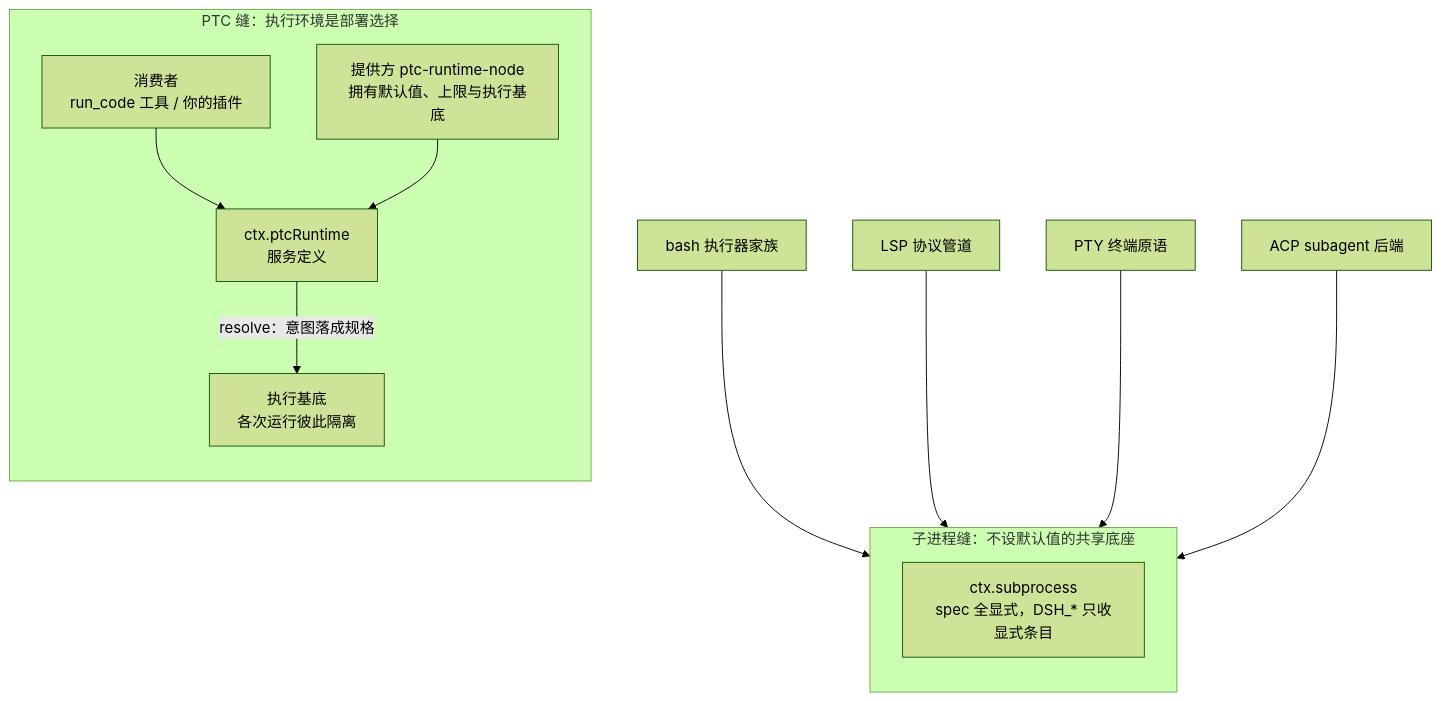
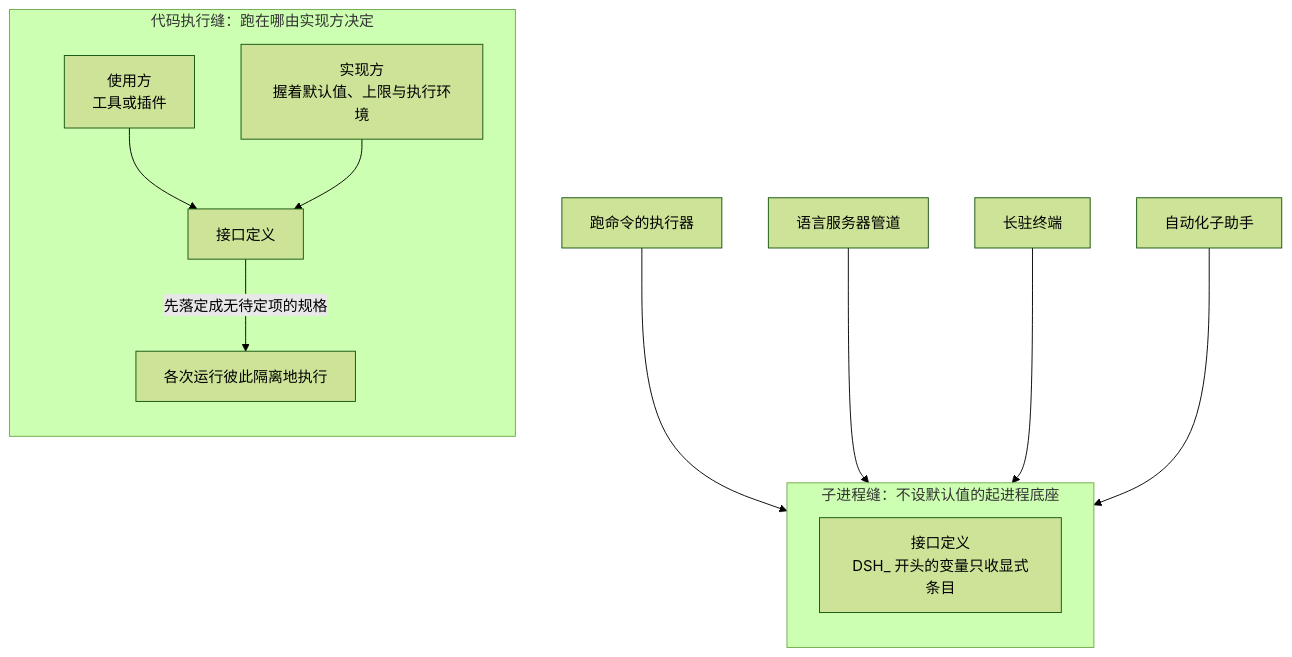
One commit to anthonyzhao-4926/blog changed the first of 4 diagrams in dsh 插件开发学习/33-代码执行环境的接入.md. Above: the diagram before and after it, drawn with Mermaid (forest theme). The commit also changed other lines of this file and 38 other files, not shown here.

````diff
--- a/dsh 插件开发学习/33-代码执行环境的接入.md
+++ b/dsh 插件开发学习/33-代码执行环境的接入.md
@@ -40,17 +44,17 @@
 ```mermaid
 flowchart TD
-    subgraph ptc["PTC 缝：执行环境是部署选择"]
+    subgraph ptc["代码执行缝：跑在哪由实现方决定"]
         direction TB
-        C1["消费者<br/>run_code 工具 / 你的插件"] --> SD1["ctx.ptcRuntime<br/>服务定义"]
-        P1["提供方 ptc-runtime-node<br/>拥有默认值、上限与执行基底"] --> SD1
-        SD1 -->|"resolve：意图落成规格"| W["执行基底<br/>各次运行彼此隔离"]
+        U["使用方<br/>工具或插件"] --> IF1["接口定义"]
+        IM["实现方<br/>握着默认值、上限与执行环境"] --> IF1
+        IF1 -->|"先落定成无待定项的规格"| R["各次运行彼此隔离地执行"]
     end
-    subgraph base["子进程缝：不设默认值的共享底座"]
+    subgraph base["子进程缝：不设默认值的起进程底座"]
         direction TB
-        SD2["ctx.subprocess<br/>spec 全显式，DSH_* 只收显式条目"]
+        IF2["接口定义<br/>DSH_ 开头的变量只收显式条目"]
     end
-    B2["bash 执行器家族"] --> SD2
-    L2["LSP 协议管道"] --> SD2
-    T2["PTY 终端原语"] --> SD2
-    A2["ACP subagent 后端"] --> SD2
+    B1["跑命令的执行器"] --> IF2
+    B2["语言服务器管道"] --> IF2
+    B3["长驻终端"] --> IF2
+    B4["自动化子助手"] --> IF2
 ```
````
